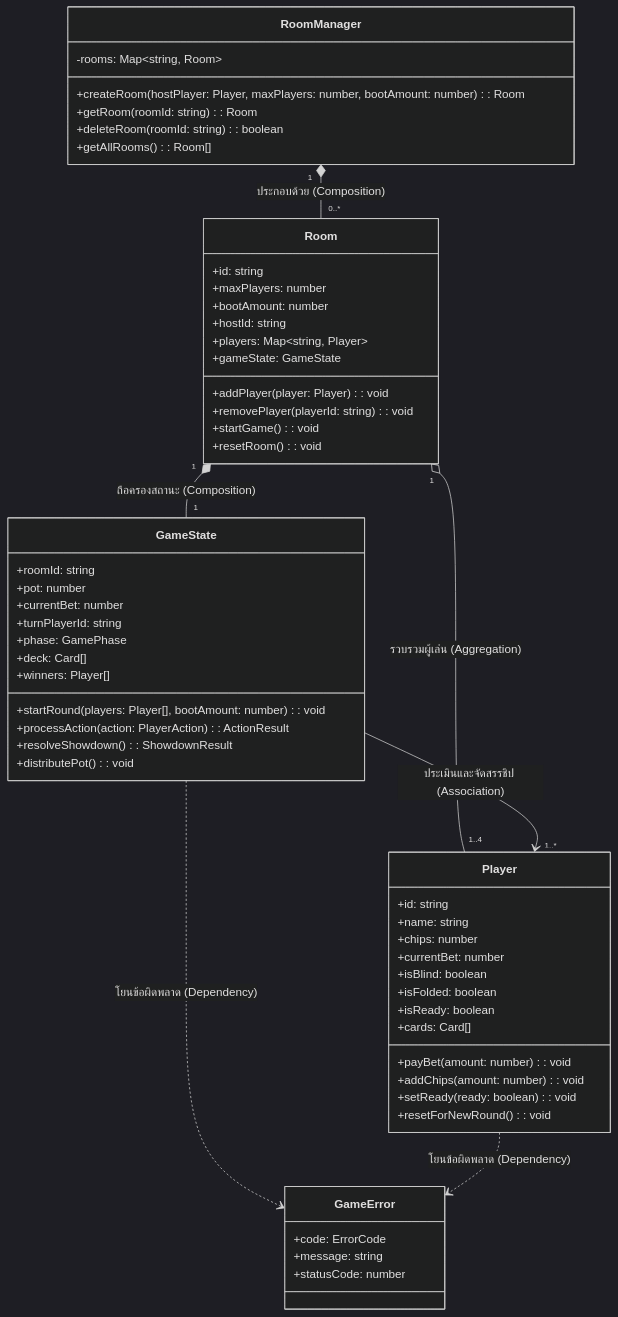
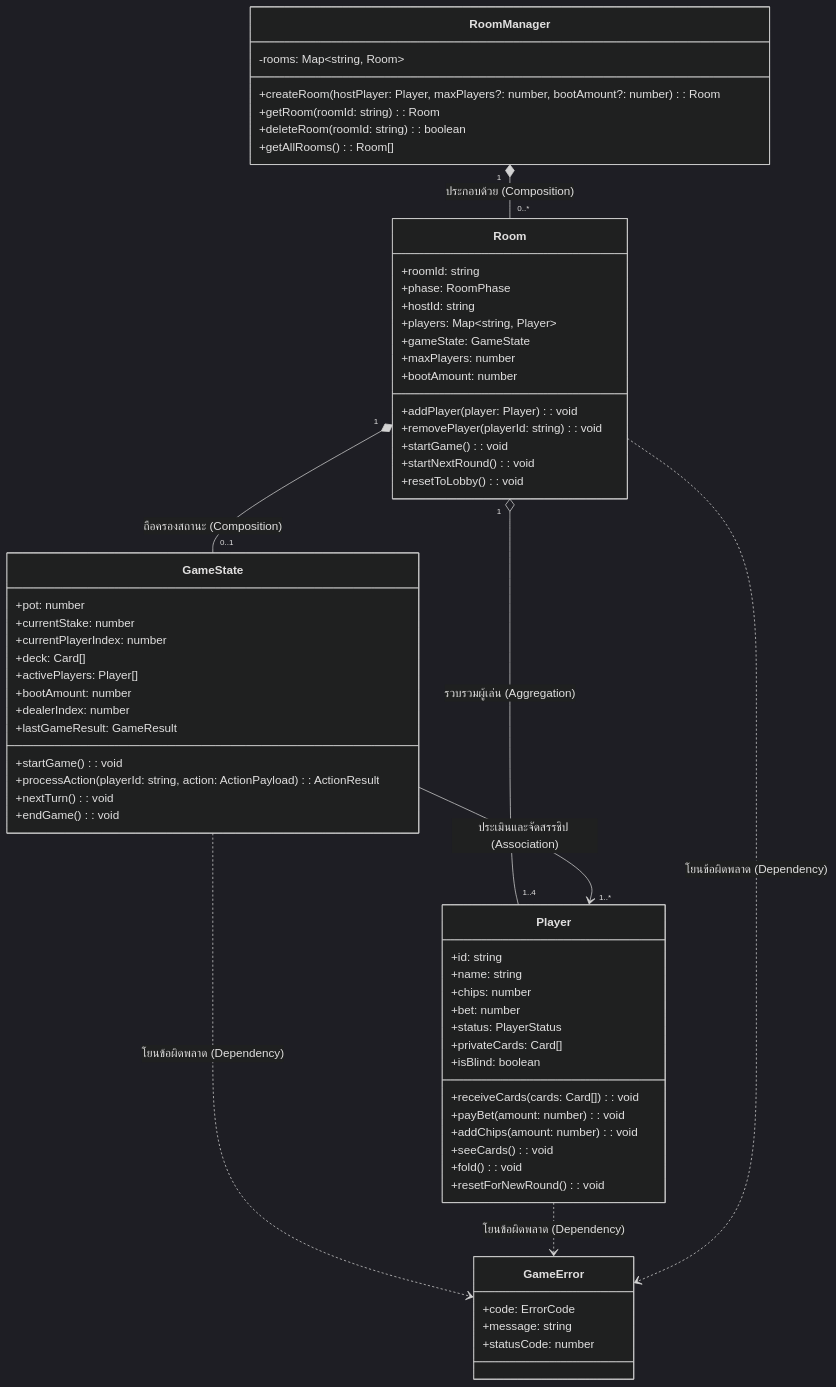
One commit to PhaBie/Indian-Poker-Online-Console-Game- changed the first of 2 diagrams in 03-Documentation/docs/class_diagrams.md. Above: the diagram before and after it, drawn with Mermaid (dark theme). The commit also changed other lines of this file, not shown here.

Commit message:
docs: ปรับชื่อพร็อพเพอร์ตี้และเมธอดใน class_diagrams.md ให้ตรงกับซอร์สโค้ดจริง 100%

````diff
--- a/03-Documentation/docs/class_diagrams.md
+++ b/03-Documentation/docs/class_diagrams.md
@@ -11,67 +11,72 @@
 ```mermaid
 classDiagram
     direction TB
 
     class RoomManager {
         -rooms: Map~string, Room~
-        +createRoom(hostPlayer: Player, maxPlayers: number, bootAmount: number): Room
+        +createRoom(hostPlayer: Player, maxPlayers?: number, bootAmount?: number): Room
         +getRoom(roomId: string): Room
         +deleteRoom(roomId: string): boolean
         +getAllRooms(): Room[]
     }
 
     class Room {
-        +id: string
-        +maxPlayers: number
-        +bootAmount: number
+        +roomId: string
+        +phase: RoomPhase
         +hostId: string
         +players: Map~string, Player~
         +gameState: GameState
+        +maxPlayers: number
+        +bootAmount: number
         +addPlayer(player: Player): void
         +removePlayer(playerId: string): void
         +startGame(): void
-        +resetRoom(): void
+        +startNextRound(): void
+        +resetToLobby(): void
     }
 
     class Player {
         +id: string
         +name: string
         +chips: number
-        +currentBet: number
+        +bet: number
+        +status: PlayerStatus
+        +privateCards: Card[]
         +isBlind: boolean
-        +isFolded: boolean
-        +isReady: boolean
-        +cards: Card[]
+        +receiveCards(cards: Card[]): void
         +payBet(amount: number): void
         +addChips(amount: number): void
-        +setReady(ready: boolean): void
+        +seeCards(): void
+        +fold(): void
         +resetForNewRound(): void
     }
 
     class GameState {
-        +roomId: string
         +pot: number
-        +currentBet: number
-        +turnPlayerId: string
-        +phase: GamePhase
+        +currentStake: number
+        +currentPlayerIndex: number
         +deck: Card[]
-        +winners: Player[]
-        +startRound(players: Player[], bootAmount: number): void
-        +processAction(action: PlayerAction): ActionResult
-        +resolveShowdown(): ShowdownResult
-        +distributePot(): void
+        +activePlayers: Player[]
+        +bootAmount: number
+        +dealerIndex: number
+        +lastGameResult: GameResult
+        +startGame(): void
+        +processAction(playerId: string, action: ActionPayload): ActionResult
+        +nextTurn(): void
+        +endGame(): void
     }
 
     class GameError {
         +code: ErrorCode
         +message: string
         +statusCode: number
     }
 
     RoomManager "1" *-- "0..*" Room : ประกอบด้วย (Composition)
-    Room "1" *-- "1" GameState : ถือครองสถานะ (Composition)
+    Room "1" *-- "0..1" GameState : ถือครองสถานะ (Composition)
     Room "1" o-- "1..4" Player : รวบรวมผู้เล่น (Aggregation)
     GameState --> "1..*" Player : ประเมินและจัดสรรชิป (Association)
     GameState ..> GameError : โยนข้อผิดพลาด (Dependency)
     Player ..> GameError : โยนข้อผิดพลาด (Dependency)
+    Room ..> GameError : โยนข้อผิดพลาด (Dependency)
 ```
````
